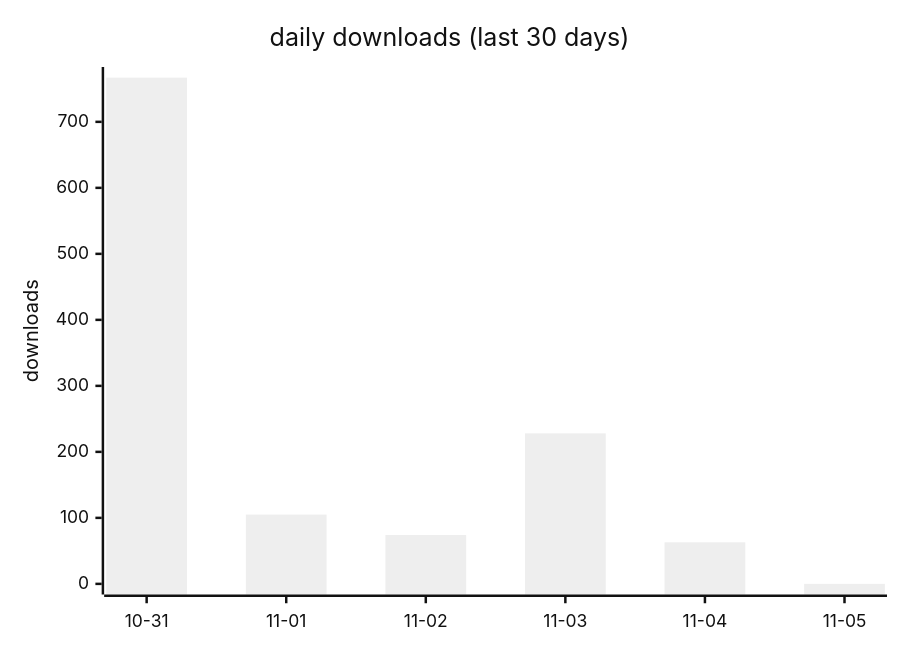
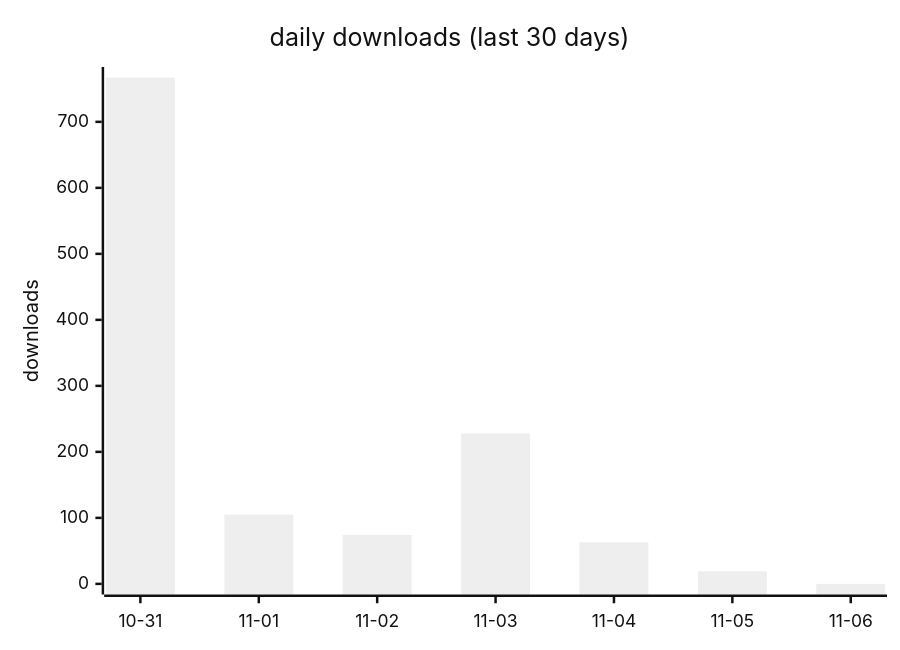
One commit to terry2010/opencode-loop-recover changed the first of 2 diagrams in docs/downloads-2026.md. Above: the diagram before and after it, drawn with Mermaid (neutral theme). The commit also changed other lines of this file and 1 other file, not shown here.

````diff
--- a/docs/downloads-2026.md
+++ b/docs/downloads-2026.md
@@ -19,7 +19,7 @@
 ```mermaid
 xychart-beta
     title "daily downloads (last 30 days)"
-    x-axis ["10-31", "11-01", "11-02", "11-03", "11-04", "11-05"]
+    x-axis ["10-31", "11-01", "11-02", "11-03", "11-04", "11-05", "11-06"]
     y-axis "downloads" 0 --> 767
-    bar [767, 105, 74, 228, 63, 0]
+    bar [767, 105, 74, 228, 63, 19, 0]
 ```
````
